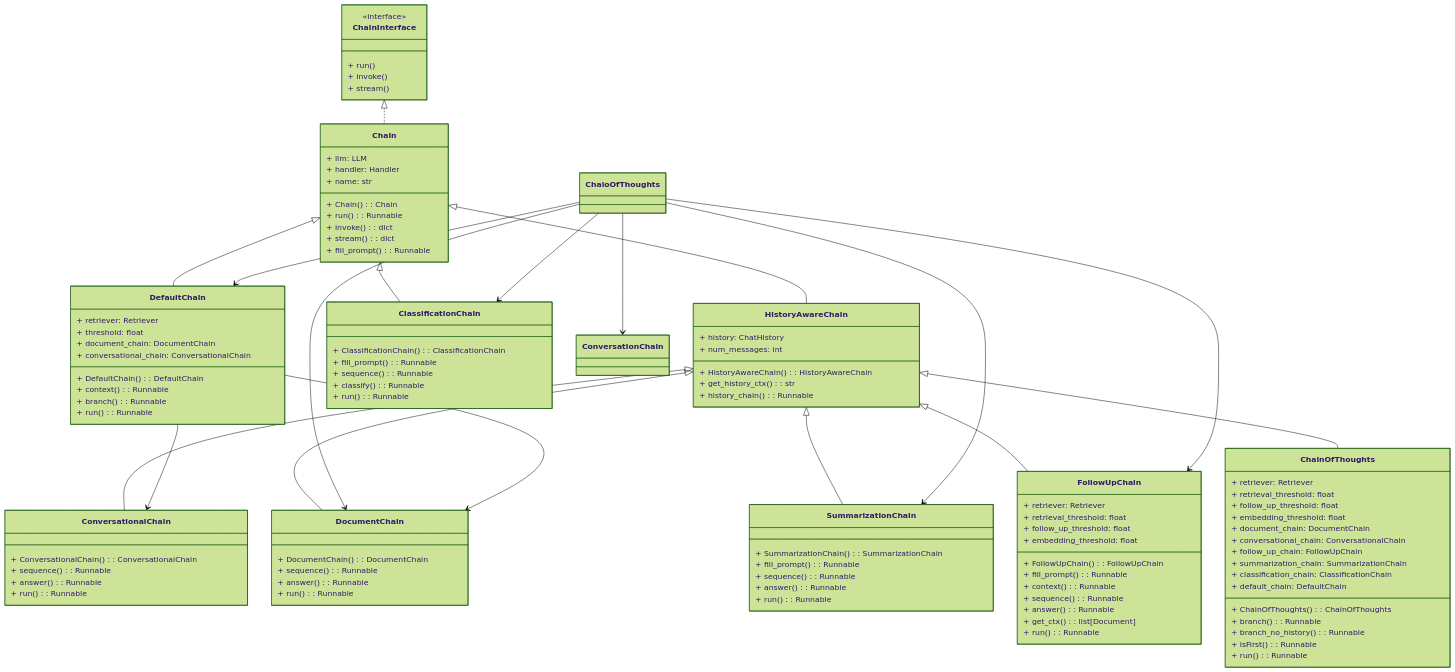
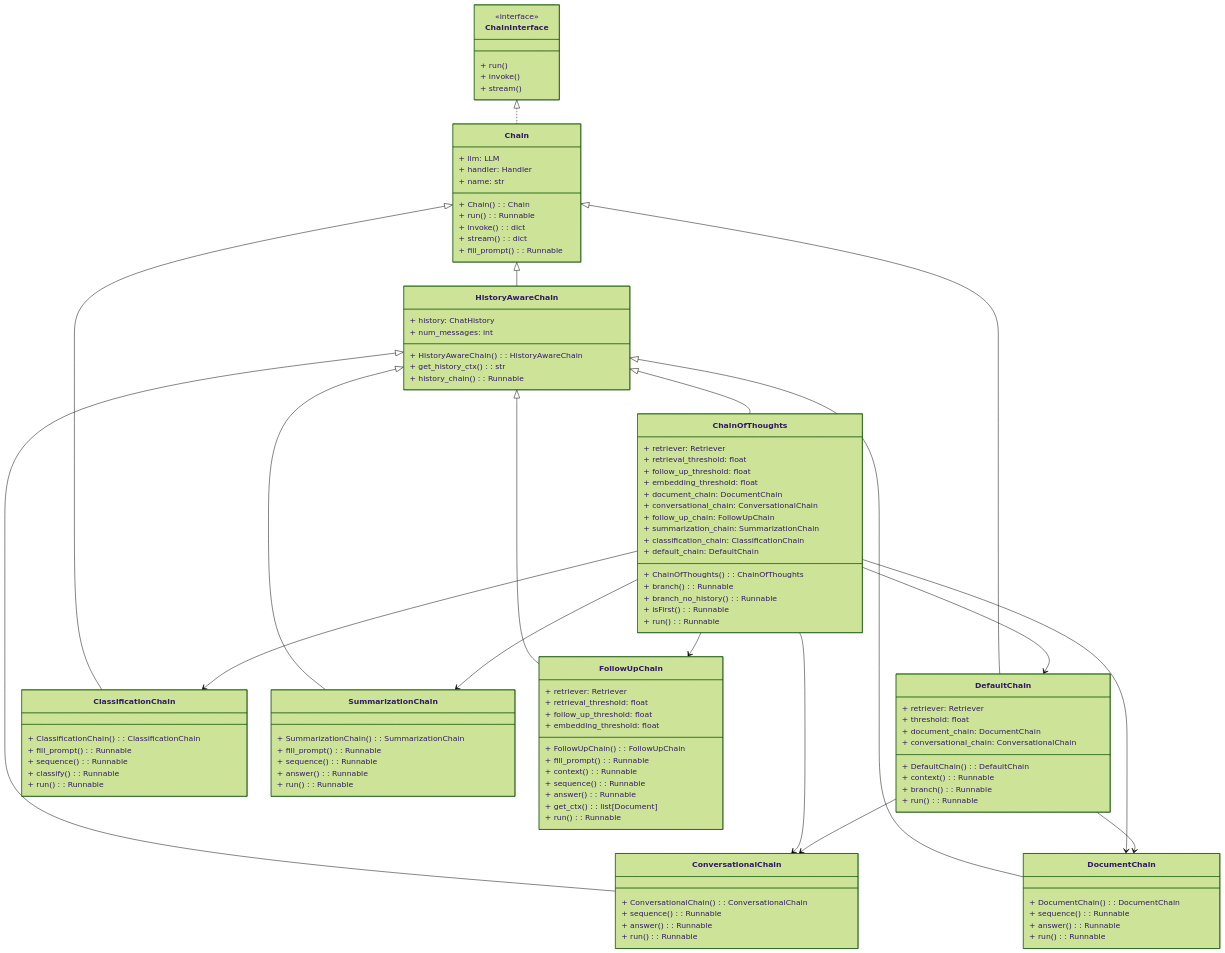
One commit to GiuseppeBellamacina/OmniBot changed the diagram in README.md. Above: the diagram before and after it, drawn with Mermaid (forest theme). The commit also changed 1 other file, not shown here.

Commit message:
UML fixed

```diff
--- a/README.md
+++ b/README.md
@@ -133,12 +133,12 @@
     HistoryAwareChain <|-- FollowUpChain
     HistoryAwareChain <|-- ChainOfThoughts
 
-    ChaioOfThoughts --> ConversationChain
-    ChaioOfThoughts --> DocumentChain
-    ChaioOfThoughts --> FollowUpChain
-    ChaioOfThoughts --> SummarizationChain
-    ChaioOfThoughts --> ClassificationChain
-    ChaioOfThoughts --> DefaultChain
+    ChainOfThoughts --> ConversationalChain
+    ChainOfThoughts --> DocumentChain
+    ChainOfThoughts --> FollowUpChain
+    ChainOfThoughts --> SummarizationChain
+    ChainOfThoughts --> ClassificationChain
+    ChainOfThoughts --> DefaultChain
 
     DefaultChain --> ConversationalChain
     DefaultChain --> DocumentChain
```
